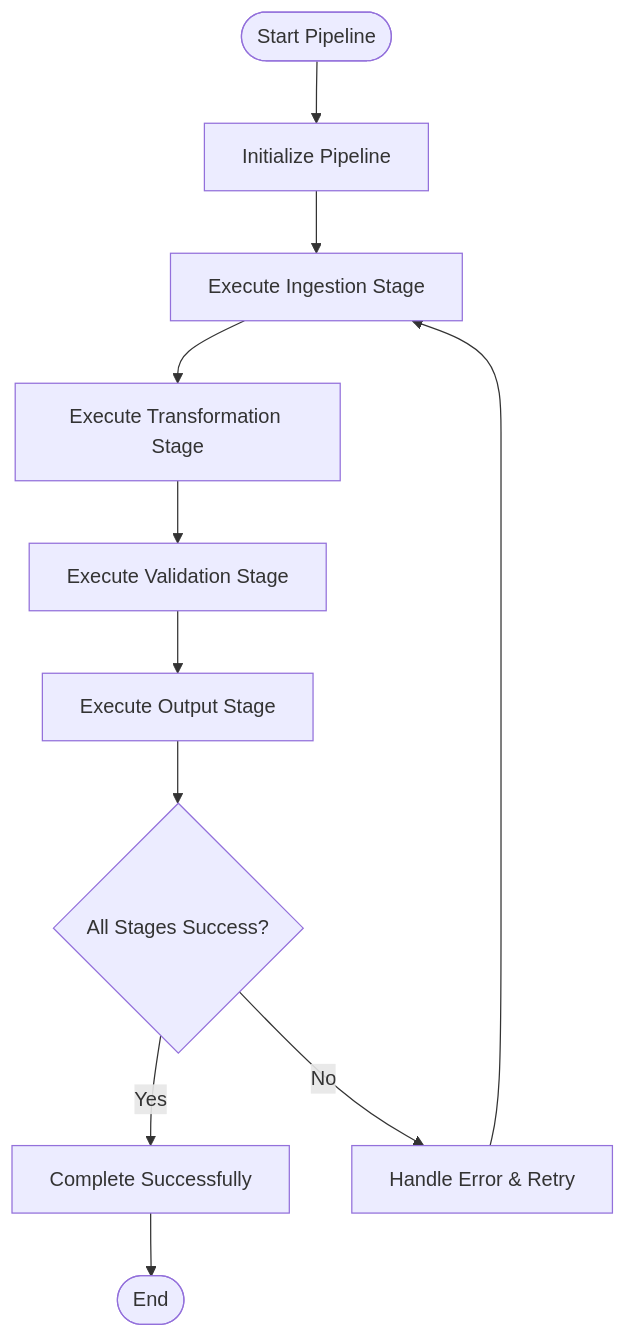
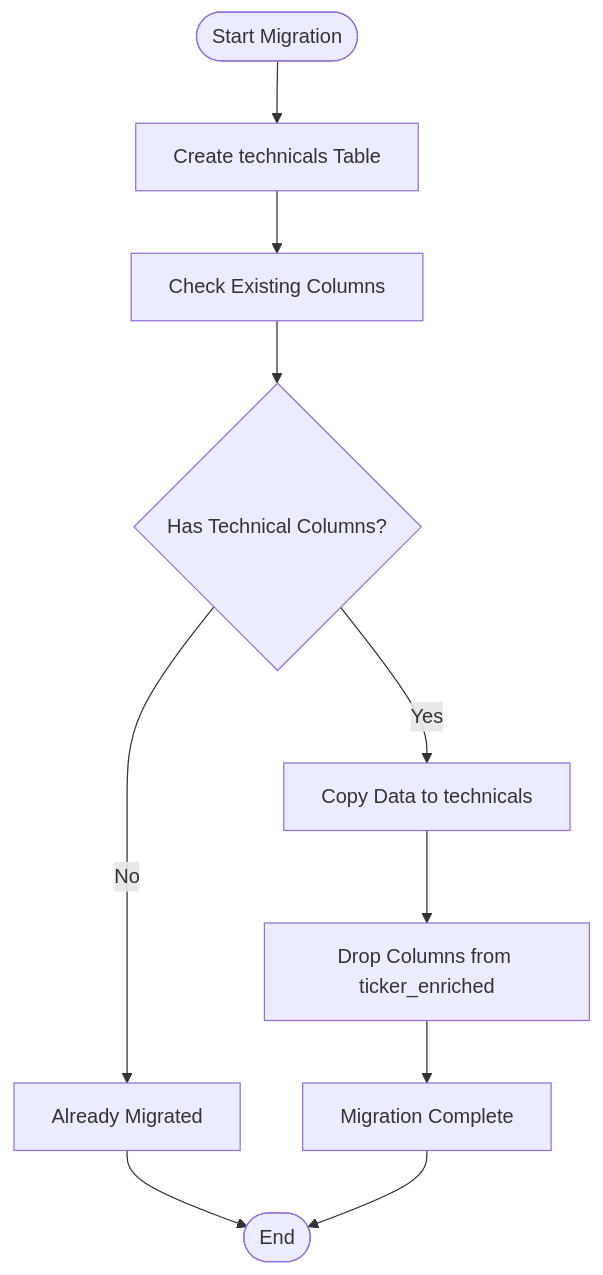
The fifth of 21 diagrams in .qoder/repowiki/en/content/Core Components/Data Engineering Module/Data Engineering Module.md (ZengSeng/telegram-bot), drawn with Mermaid before and after one commit. The commit also changed other lines of this file and 15 other files, not shown here.

````diff
--- a/.qoder/repowiki/en/content/Core Components/Data Engineering Module/Data Engineering Module.md
+++ b/.qoder/repowiki/en/content/Core Components/Data Engineering Module/Data Engineering Module.md
@@ -292,13 +406,12 @@
 ```mermaid
 flowchart TD
-Start(["Start Pipeline"]) --> Init["Initialize Pipeline"]
-Init --> IngestStage["Execute Ingestion Stage"]
-IngestStage --> TransformStage["Execute Transformation Stage"]
-TransformStage --> ValidateStage["Execute Validation Stage"]
-ValidateStage --> OutputStage["Execute Output Stage"]
-OutputStage --> Success{"All Stages Success?"}
-Success --> |Yes| Complete["Complete Successfully"]
-Success --> |No| HandleError["Handle Error & Retry"]
-HandleError --> IngestStage
-Complete --> End(["End"])
+Start(["Start Migration"]) --> CreateTable["Create technicals Table"]
+CreateTable --> CheckCols["Check Existing Columns"]
+CheckCols --> HasCols{"Has Technical Columns?"}
+HasCols --> |No| AlreadyDone["Already Migrated"]
+HasCols --> |Yes| CopyData["Copy Data to technicals"]
+CopyData --> DropCols["Drop Columns from ticker_enriched"]
+DropCols --> Complete["Migration Complete"]
+AlreadyDone --> End(["End"])
+Complete --> End
 ```
````
